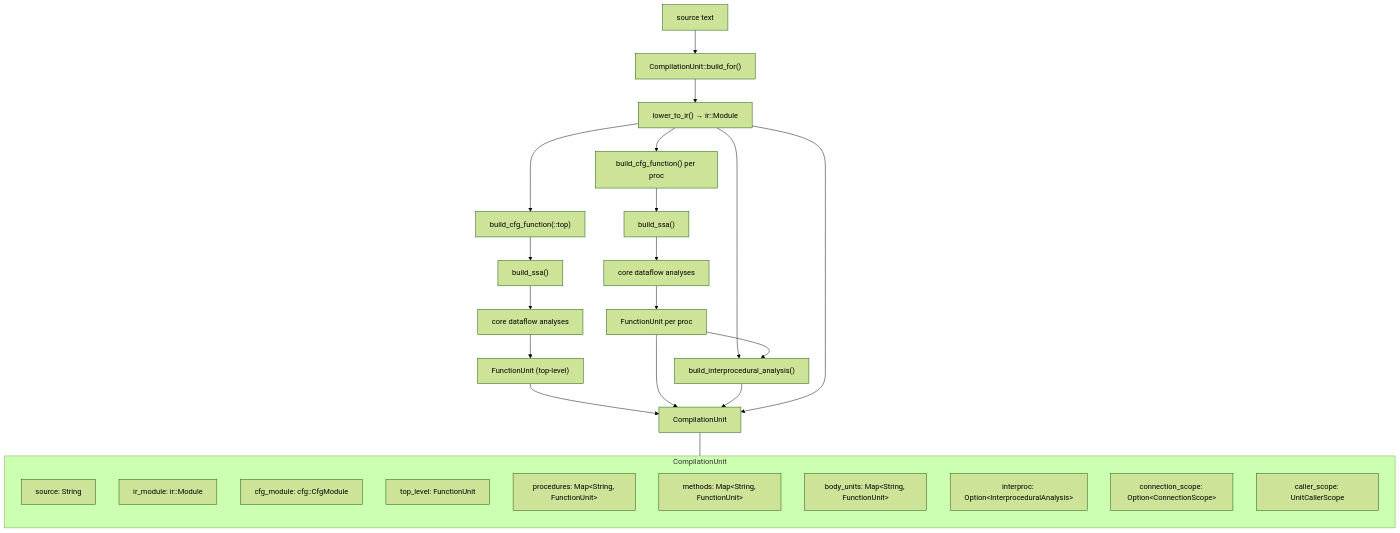
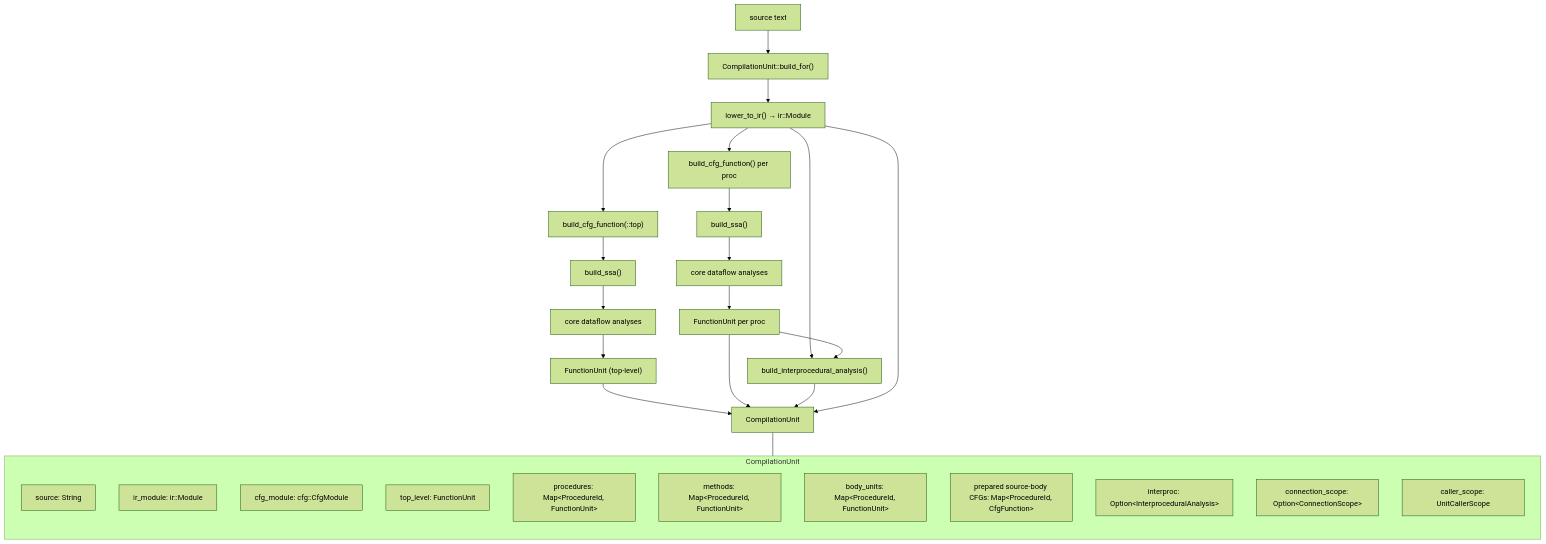
One commit to bitwisecook/tcl-lsp changed diagram 15 of 20 in docs/design/compiler/architecture.md. Above: the diagram before and after it, drawn with Mermaid (forest theme). The commit also changed other lines of this file and 32 other files, not shown here.

````diff
--- a/docs/design/compiler/architecture.md
+++ b/docs/design/compiler/architecture.md
@@ -651,39 +651,40 @@
 ```mermaid
 flowchart TD
     SRC["source text"] --> CS["CompilationUnit::build_for()"]
 
     CS --> LOW["lower_to_ir() → ir::Module"]
     LOW --> CFG_T["build_cfg_function(::top)"]
     LOW --> CFG_P["build_cfg_function() per proc"]
     CFG_T --> SSA_T["build_ssa()"]
     CFG_P --> SSA_P["build_ssa()"]
     SSA_T --> ANA_T["core dataflow analyses"]
     SSA_P --> ANA_P["core dataflow analyses"]
 
     ANA_T --> TU["FunctionUnit (top-level)"]
     ANA_P --> PU["FunctionUnit per proc"]
 
     LOW --> IPA["build_interprocedural_analysis()"]
     PU --> IPA
 
     TU --> CU["CompilationUnit"]
     PU --> CU
     IPA --> CU
     LOW --> CU
 
     subgraph CompilationUnit
         direction TB
         S["source: String"]
         IM["ir_module: ir::Module"]
         CM["cfg_module: cfg::CfgModule"]
         TL["top_level: FunctionUnit"]
-        PR["procedures: Map&lt;String, FunctionUnit&gt;"]
-        ME["methods: Map&lt;String, FunctionUnit&gt;"]
-        BU["body_units: Map&lt;String, FunctionUnit&gt;"]
+        PR["procedures: Map&lt;ProcedureId, FunctionUnit&gt;"]
+        ME["methods: Map&lt;ProcedureId, FunctionUnit&gt;"]
+        BU["body_units: Map&lt;ProcedureId, FunctionUnit&gt;"]
+        CFGS["prepared source-body CFGs: Map&lt;ProcedureId, CfgFunction&gt;"]
         IP["interproc: Option&lt;InterproceduralAnalysis&gt;"]
         CO["connection_scope: Option&lt;ConnectionScope&gt;"]
         CS2["caller_scope: UnitCallerScope"]
     end
 
     CU --- CompilationUnit
 ```
````
